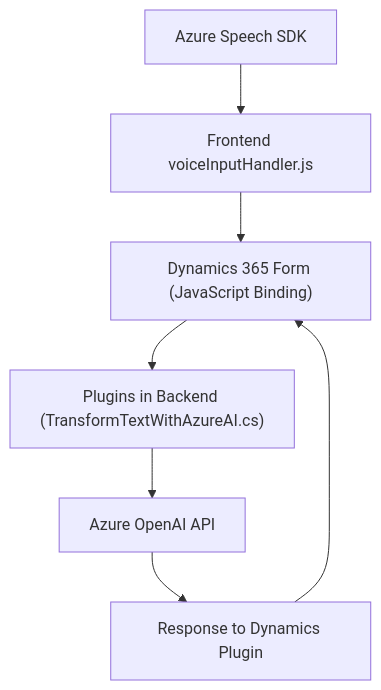
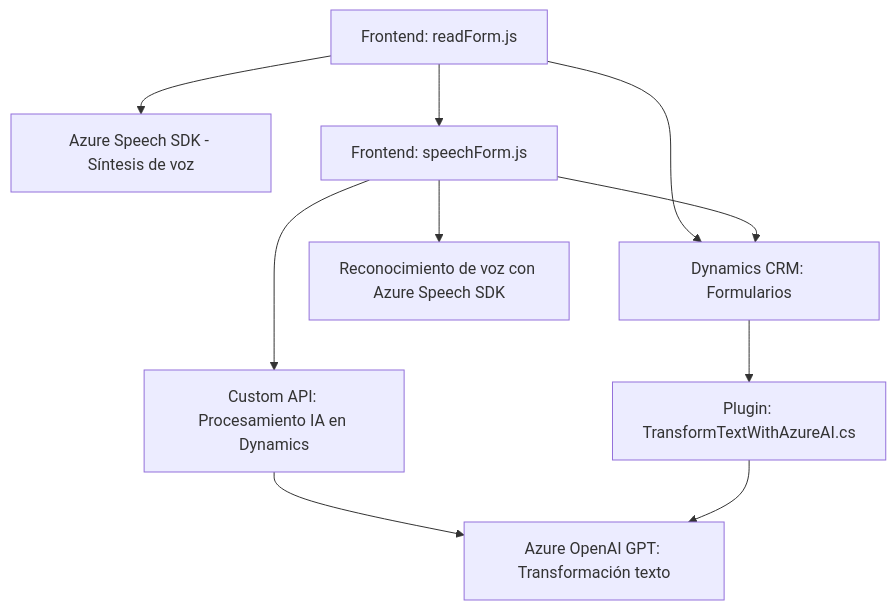
One commit to blopezdm/NETCORE_BILBAO2025 changed the diagram in README.md. Above: the diagram before and after it, drawn with Mermaid. The commit also changed other lines of this file, not shown here.

Commit message:
Actualizar análisis global de la solución con IA

````diff
--- a/README.md
+++ b/README.md
@@ -38,9 +34,16 @@
 ```mermaid
 graph TD
-    A["Azure Speech SDK"] --> B["Frontend voiceInputHandler.js"]
-    B --> C["Dynamics 365 Form (JavaScript Binding)"]
-    C --> D["Plugins in Backend (TransformTextWithAzureAI.cs)"]
-    D --> E["Azure OpenAI API"]
-    E --> F["Response to Dynamics Plugin"]
-    F --> C
+    A["Frontend: readForm.js"] --> B["Azure Speech SDK - Síntesis de voz"]
+    A --> C["Dynamics CRM: Formularios"]
+    A --> D["Frontend: speechForm.js"]
+    
+    D --> E["Reconocimiento de voz con Azure Speech SDK"]
+    D --> C
+    D --> F["Custom API: Procesamiento IA en Dynamics"]
+    
+    F --> G["Azure OpenAI GPT: Transformación texto"]
+    
+    C --> H["Plugin: TransformTextWithAzureAI.cs"]
+    
+    H --> G
 ```
````
